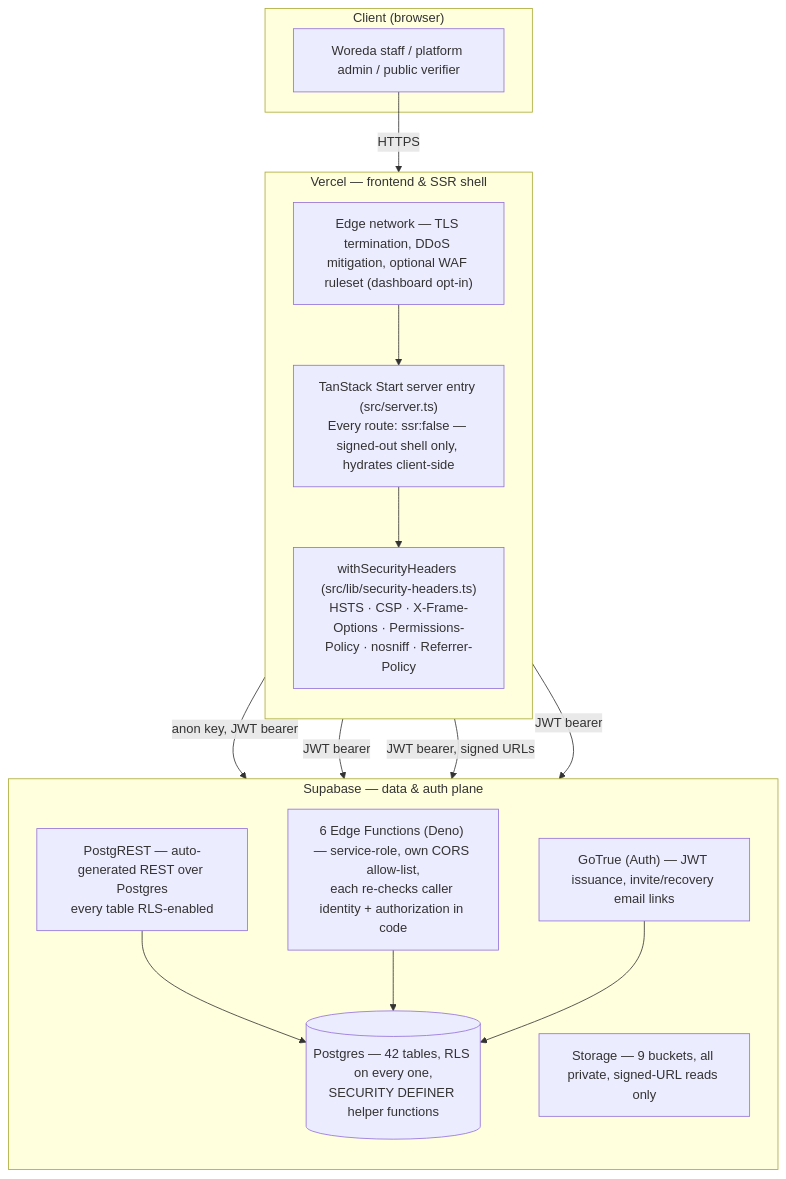
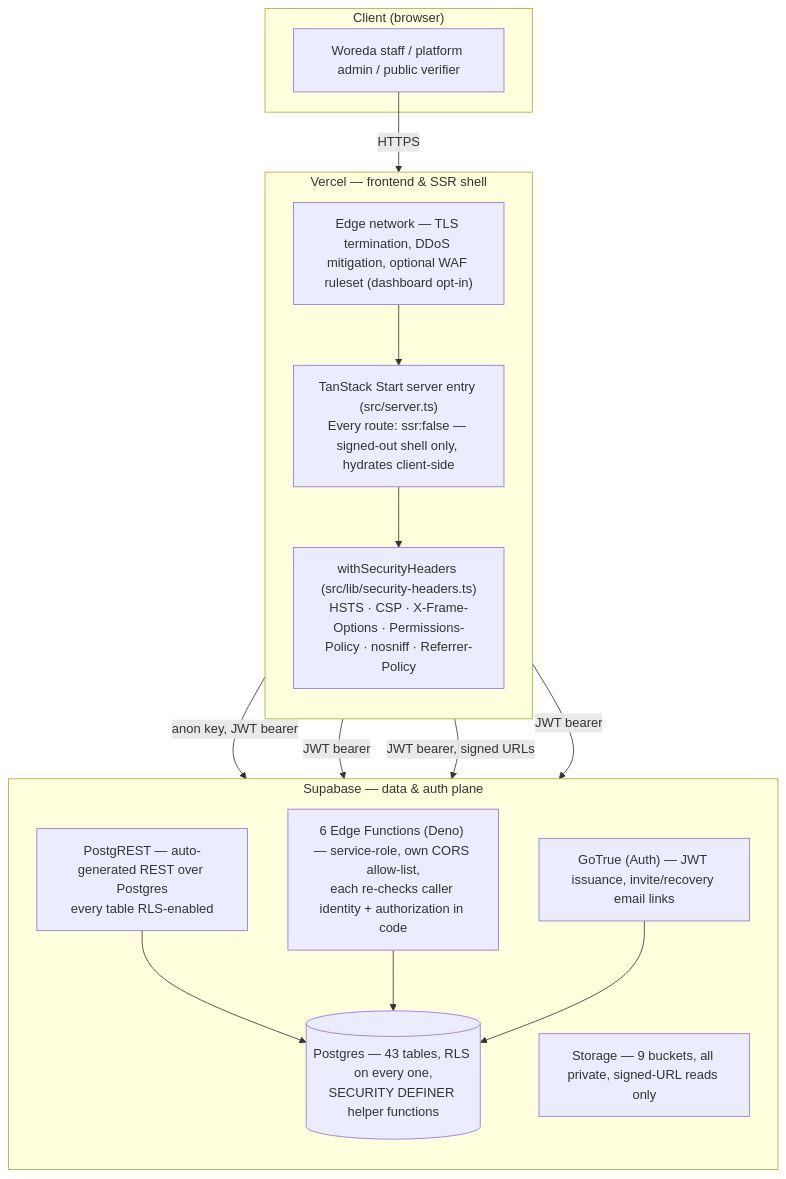
One commit to eskabdi/woredas-portal changed the diagram in docs/architecture.md. Above: the diagram before and after it, drawn with Mermaid. The commit also changed 12 other files, not shown here.

````diff
--- a/docs/architecture.md
+++ b/docs/architecture.md
@@ -11,32 +11,32 @@
 ```mermaid
 flowchart TB
     subgraph Client["Client (browser)"]
         Browser["Woreda staff / platform admin / public verifier"]
     end
 
     subgraph Vercel["Vercel — frontend & SSR shell"]
         direction TB
         Edge["Edge network — TLS termination, DDoS mitigation, optional WAF ruleset (dashboard opt-in)"]
         SSR["TanStack Start server entry (src/server.ts)<br/>Every route: ssr:false — signed-out shell only, hydrates client-side"]
         Headers["withSecurityHeaders (src/lib/security-headers.ts)<br/>HSTS · CSP · X-Frame-Options · Permissions-Policy · nosniff · Referrer-Policy"]
         Edge --> SSR --> Headers
     end
 
     subgraph Supabase["Supabase — data & auth plane"]
         direction TB
         PostgREST["PostgREST — auto-generated REST over Postgres<br/>every table RLS-enabled"]
         Auth["GoTrue (Auth) — JWT issuance, invite/recovery email links"]
         Storage["Storage — 9 buckets, all private, signed-URL reads only"]
         Functions["6 Edge Functions (Deno) — service-role, own CORS allow-list,<br/>each re-checks caller identity + authorization in code"]
-        DB[("Postgres — 42 tables, RLS on every one,<br/>SECURITY DEFINER helper functions")]
+        DB[("Postgres — 43 tables, RLS on every one,<br/>SECURITY DEFINER helper functions")]
         PostgREST --> DB
         Functions --> DB
         Auth --> DB
     end
 
     Browser -- "HTTPS" --> Edge
     Headers -- "anon key, JWT bearer" --> PostgREST
     Headers -- "JWT bearer" --> Auth
     Headers -- "JWT bearer, signed URLs" --> Storage
     Headers -- "JWT bearer" --> Functions
 ```
````
